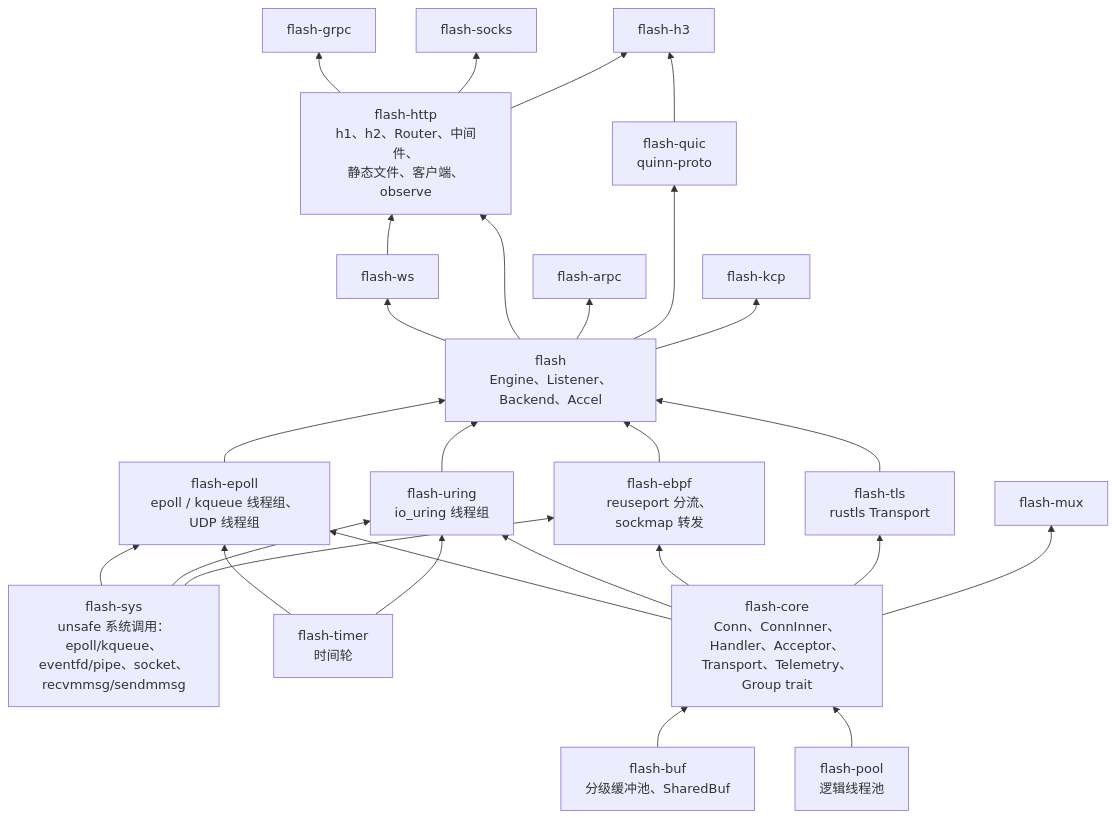
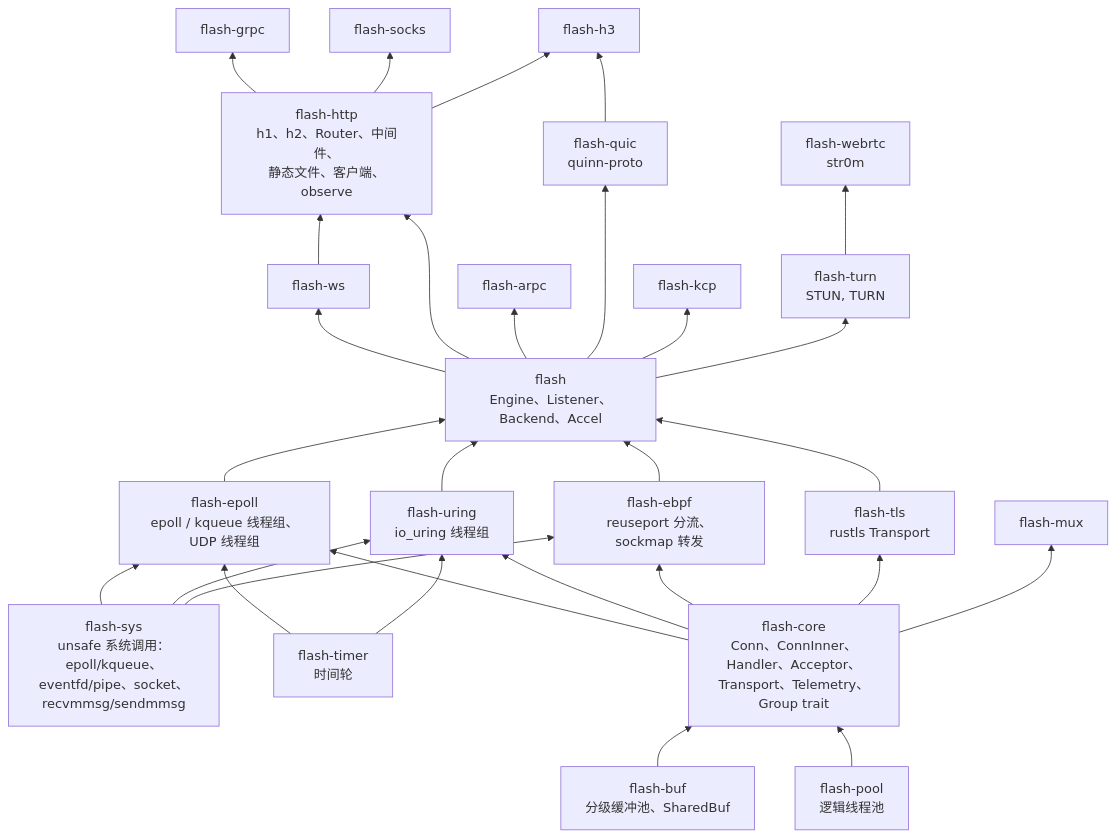
One commit to lesismal/akio changed the first of 6 diagrams in docs/architecture.zh-CN.md. Above: the diagram before and after it, drawn with Mermaid. The commit also changed 29 other files, not shown here.

Commit message:
docs: flash-webrtc and flash-turn READMEs, book chapter, CHANGELOG, API snapshots; CI interop suite

````diff
--- a/docs/architecture.zh-CN.md
+++ b/docs/architecture.zh-CN.md
@@ -12,49 +12,53 @@
 ```mermaid
 flowchart BT
     sys["flash-sys<br/>unsafe 系统调用：epoll/kqueue、<br/>eventfd/pipe、socket、recvmmsg/sendmmsg"]
     buf["flash-buf<br/>分级缓冲池、SharedBuf"]
     timer["flash-timer<br/>时间轮"]
     pool["flash-pool<br/>逻辑线程池"]
     core["flash-core<br/>Conn、ConnInner、Handler、Acceptor、<br/>Transport、Telemetry、Group trait"]
     epoll["flash-epoll<br/>epoll / kqueue 线程组、UDP 线程组"]
     uring["flash-uring<br/>io_uring 线程组"]
     ebpf["flash-ebpf<br/>reuseport 分流、sockmap 转发"]
     tls["flash-tls<br/>rustls Transport"]
     facade["flash<br/>Engine、Listener、Backend、Accel"]
     http["flash-http<br/>h1、h2、Router、中间件、<br/>静态文件、客户端、observe"]
     ws[flash-ws]
     grpc[flash-grpc]
     arpc[flash-arpc]
     socks[flash-socks]
     mux[flash-mux]
     quic["flash-quic<br/>quinn-proto"]
     h3[flash-h3]
     kcp[flash-kcp]
+    turn["flash-turn<br/>STUN, TURN"]
+    webrtc["flash-webrtc<br/>str0m"]
 
     buf --> core
     pool --> core
     core --> epoll
     sys --> epoll
     timer --> epoll
     core --> uring
     sys --> uring
     timer --> uring
     core --> ebpf
     sys --> ebpf
     core --> tls
     epoll --> facade
     uring --> facade
     ebpf --> facade
     tls --> facade
     facade --> ws
     facade --> http
     ws --> http
     http --> grpc
     facade --> arpc
     http --> socks
     core --> mux
     facade --> quic
     quic --> h3
     http --> h3
     facade --> kcp
+    facade --> turn
+    turn --> webrtc
 ```
````
